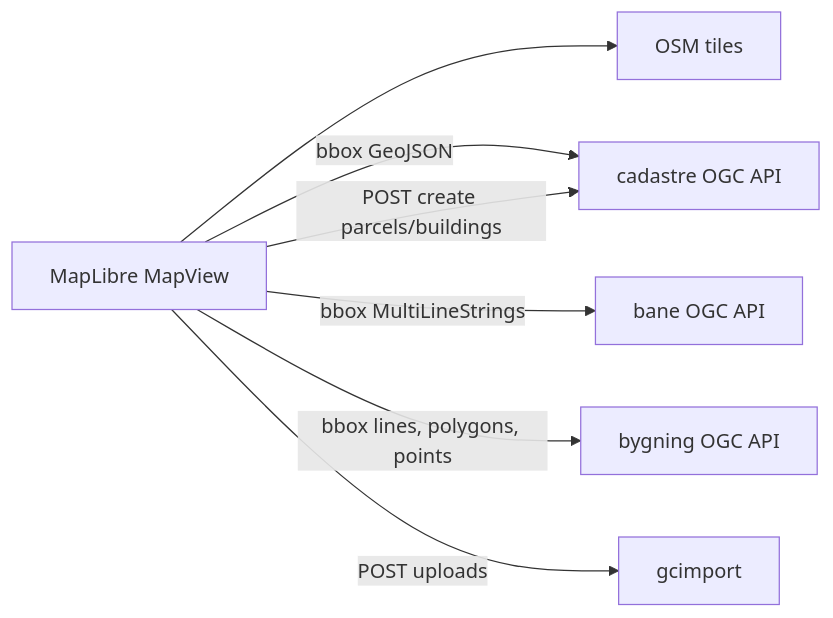
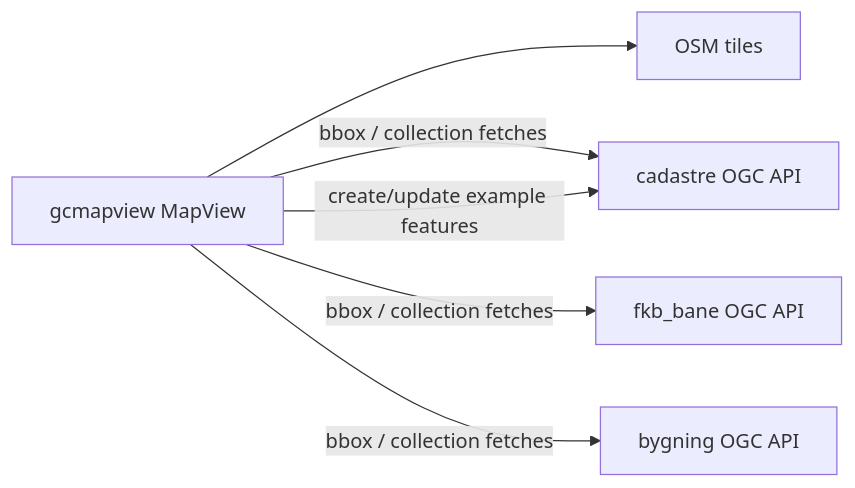
Before and after one commit to kartverket/topografisk-gdb-api: the seventh of 8 diagrams in docs/ARCHITECTURE.md, drawn with Mermaid. The commit also changed other lines of this file and 38 other files, not shown here.

First line of the commit message:
import tilpasset endelig fkb-bane, visning tilpasset samme data (#61)

````diff
--- a/docs/ARCHITECTURE.md
+++ b/docs/ARCHITECTURE.md
@@ -141,15 +239,14 @@
 ```mermaid
 flowchart LR
-  MV[MapLibre MapView]
-  OSM[OSM tiles]
-  CAD[cadastre OGC API]
-  BANE[bane OGC API]
-  BYG[bygning OGC API]
+  MV["gcmapview MapView"]
+  CAD["cadastre OGC API"]
+  BANE["fkb_bane OGC API"]
+  BYG["bygning OGC API"]
+  OSM["OSM tiles"]
 
   MV --> OSM
-  MV -->|bbox GeoJSON| CAD
-  MV -->|bbox MultiLineStrings| BANE
-  MV -->|bbox lines, polygons, points| BYG
-  MV -->|POST create parcels/buildings| CAD
-  MV -->|POST uploads| GCI[gcimport]
+  MV -->|bbox / collection fetches| CAD
+  MV -->|bbox / collection fetches| BANE
+  MV -->|bbox / collection fetches| BYG
+  MV -->|create/update example features| CAD
 ```
````
